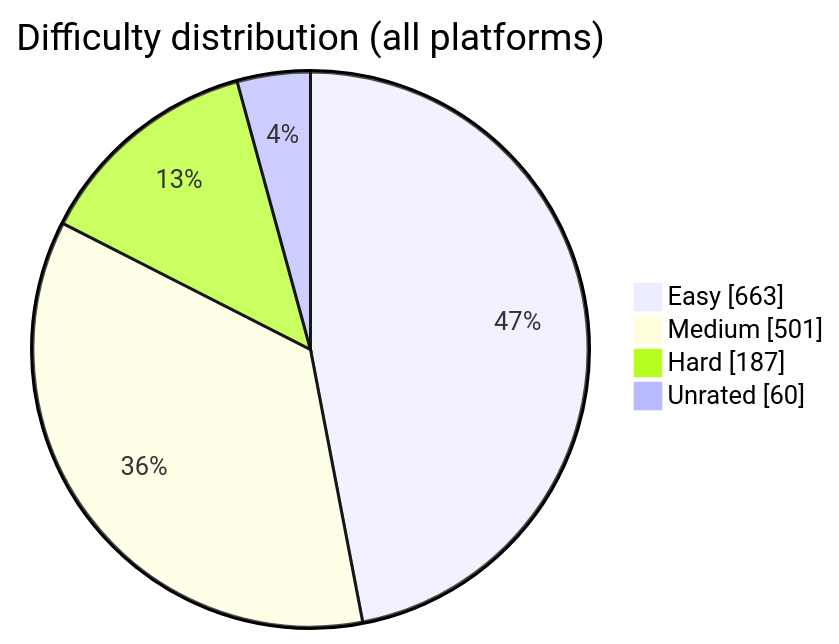
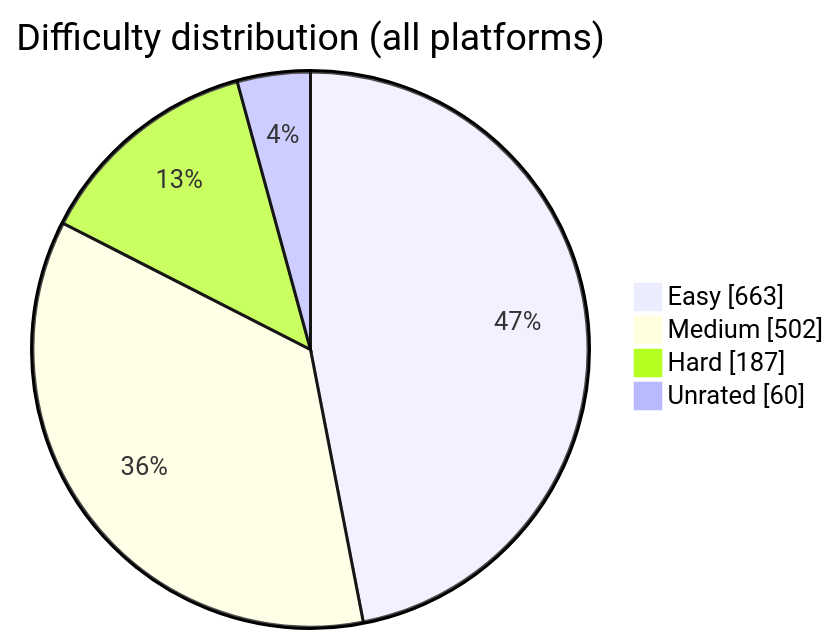
Before and after one commit to BuildbyArindam/Daily-Coding-Log: the diagram in README.md, drawn with Mermaid. The commit also changed other lines of this file, not shown here.

````diff
--- a/README.md
+++ b/README.md
@@ -93,7 +93,7 @@
 ```mermaid
 pie showData title Difficulty distribution (all platforms)
     "Easy" : 663
-    "Medium" : 501
+    "Medium" : 502
     "Hard" : 187
     "Unrated" : 60
 ```
````
